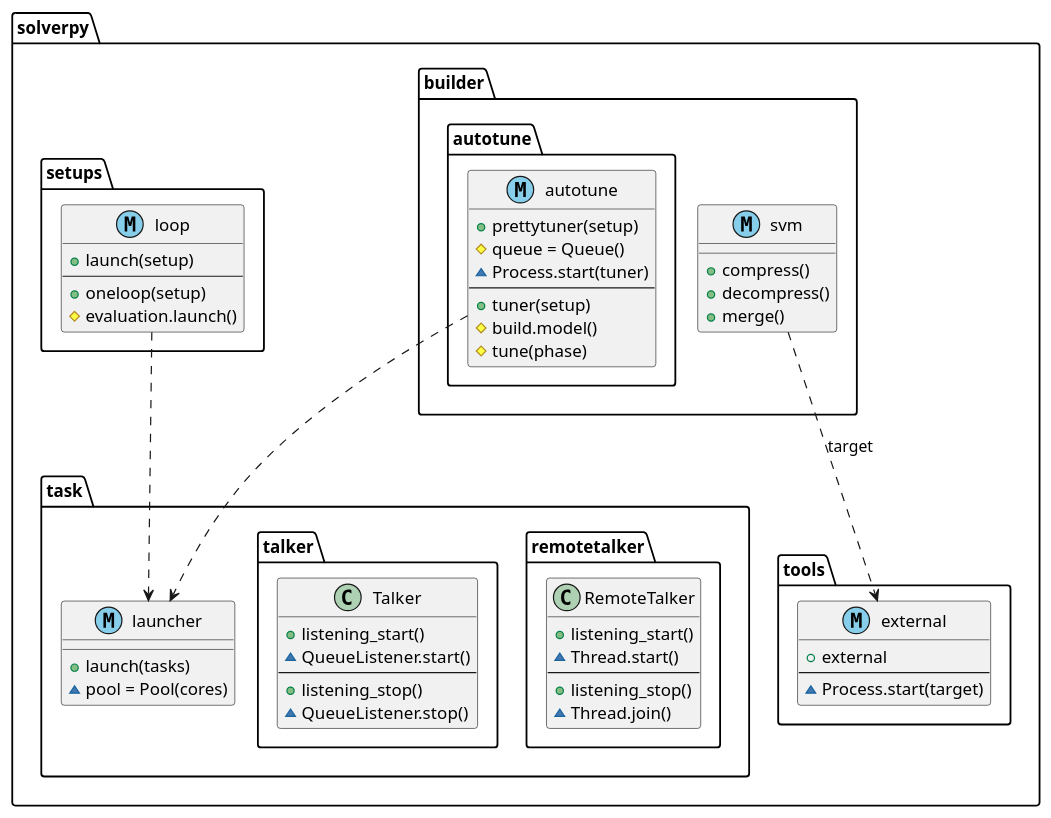
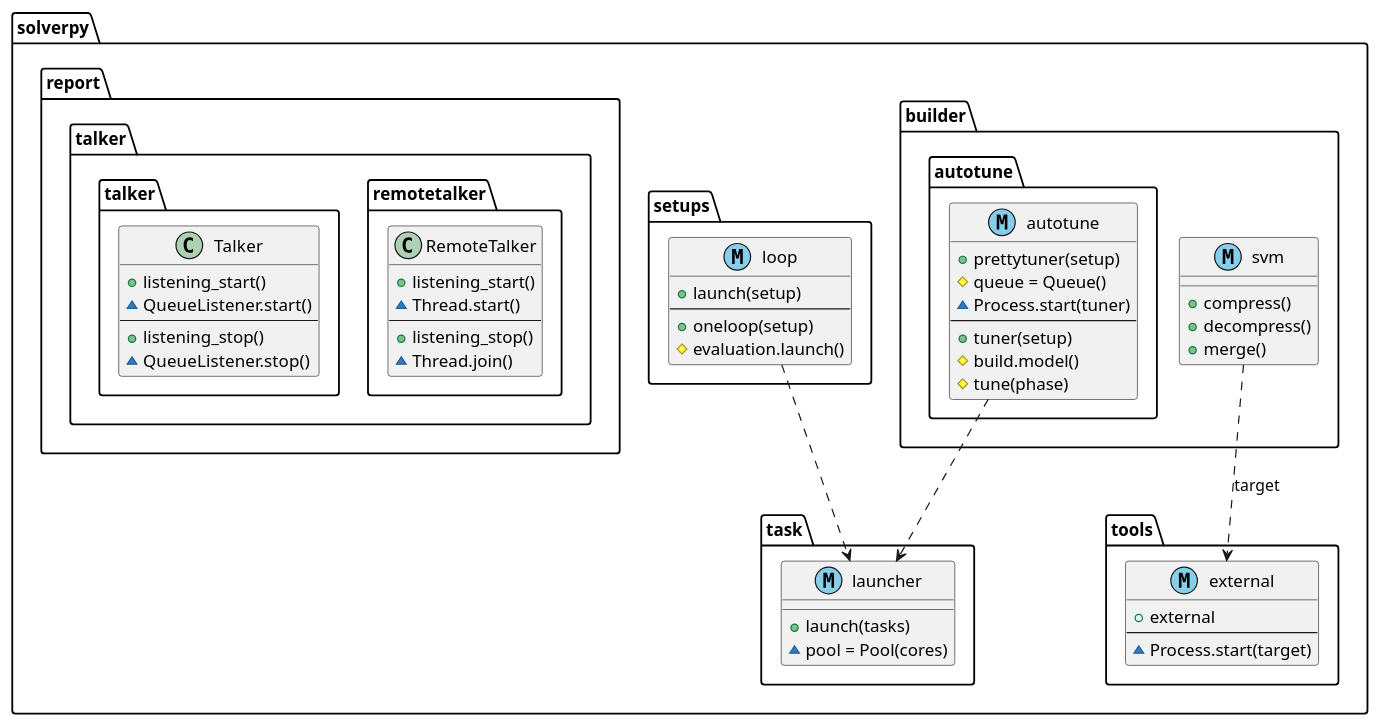
The diagram in dia/benchmark-multiprocessing.puml (cbboyan/solverpy), drawn with PlantUML before and after one commit. The commit also changed 234 other files, not shown here.

```diff
--- a/dia/benchmark-multiprocessing.puml
+++ b/dia/benchmark-multiprocessing.puml
@@ -2,61 +2,61 @@
 @startuml
 skinparam backgroundColor transparent
 
 
 class solverpy.task.launcher << (M,skyblue) >> {
   + launch(tasks)
   ~ pool = Pool(cores)
 }
 
 class solverpy.tools.external << (M,skyblue) >> {
    + external
    --
    ~ Process.start(target)
 }
 
 class solverpy.builder.svm << (M,skyblue) >> {
    + compress()
    + decompress()
    + merge() 
 }
 
 class solverpy.builder.autotune.autotune << (M,skyblue) >> {
    + prettytuner(setup)
    # queue = Queue()
    ~ Process.start(tuner)
    --
    + tuner(setup)
    # build.model()
    # tune(phase)
 }
 
 class solverpy.setups.loop << (M,skyblue) >> {
    + launch(setup)
    --
    + oneloop(setup)
    # evaluation.launch()
 }
 
-class solverpy.task.remotetalker.RemoteTalker {
+class solverpy.report.talker.remotetalker.RemoteTalker {
    + listening_start()
    ~ Thread.start()
    --
    + listening_stop()
    ~ Thread.join()
 }
 
-class solverpy.task.talker.Talker {
+class solverpy.report.talker.talker.Talker {
    + listening_start()
    ~ QueueListener.start()
    --
    + listening_stop()
    ~ QueueListener.stop()
 }
 
 
 solverpy.builder.svm ..> solverpy.tools.external : target
 solverpy.setups.loop ..> solverpy.task.launcher
 solverpy.builder.autotune.autotune ..> solverpy.task.launcher
 
 
 @enduml
```
